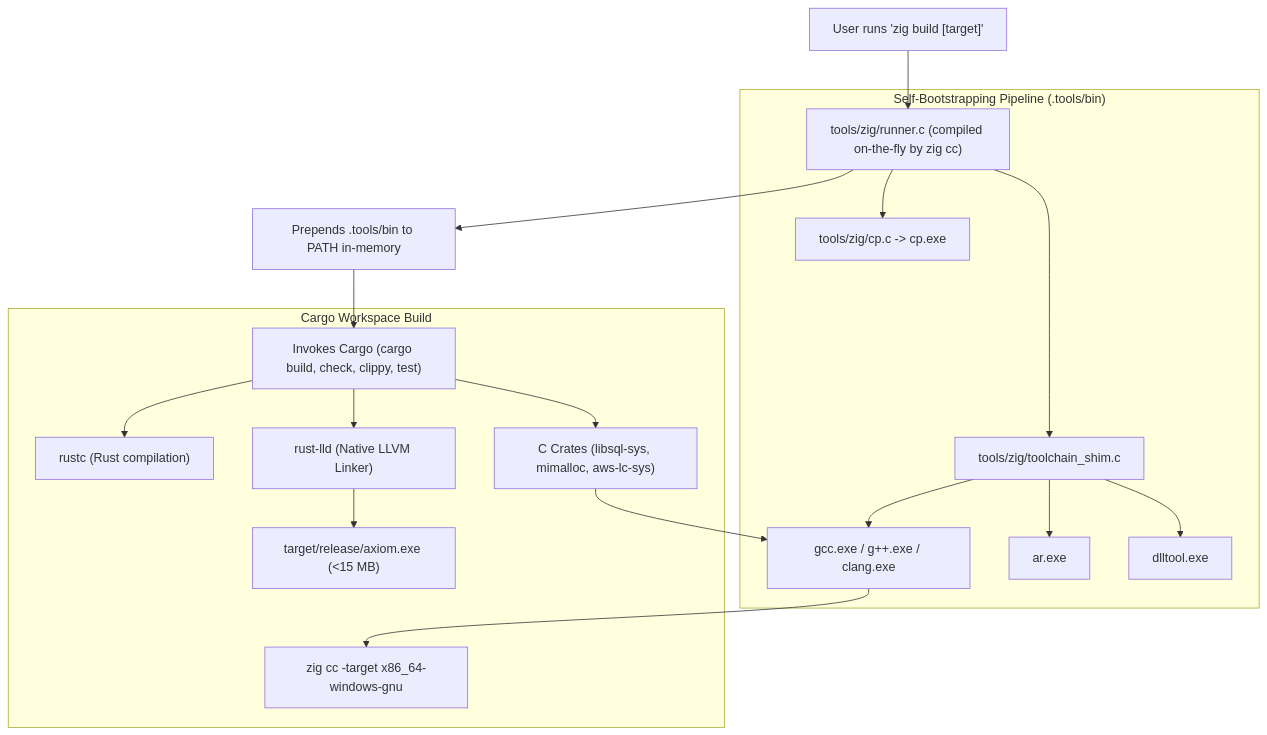
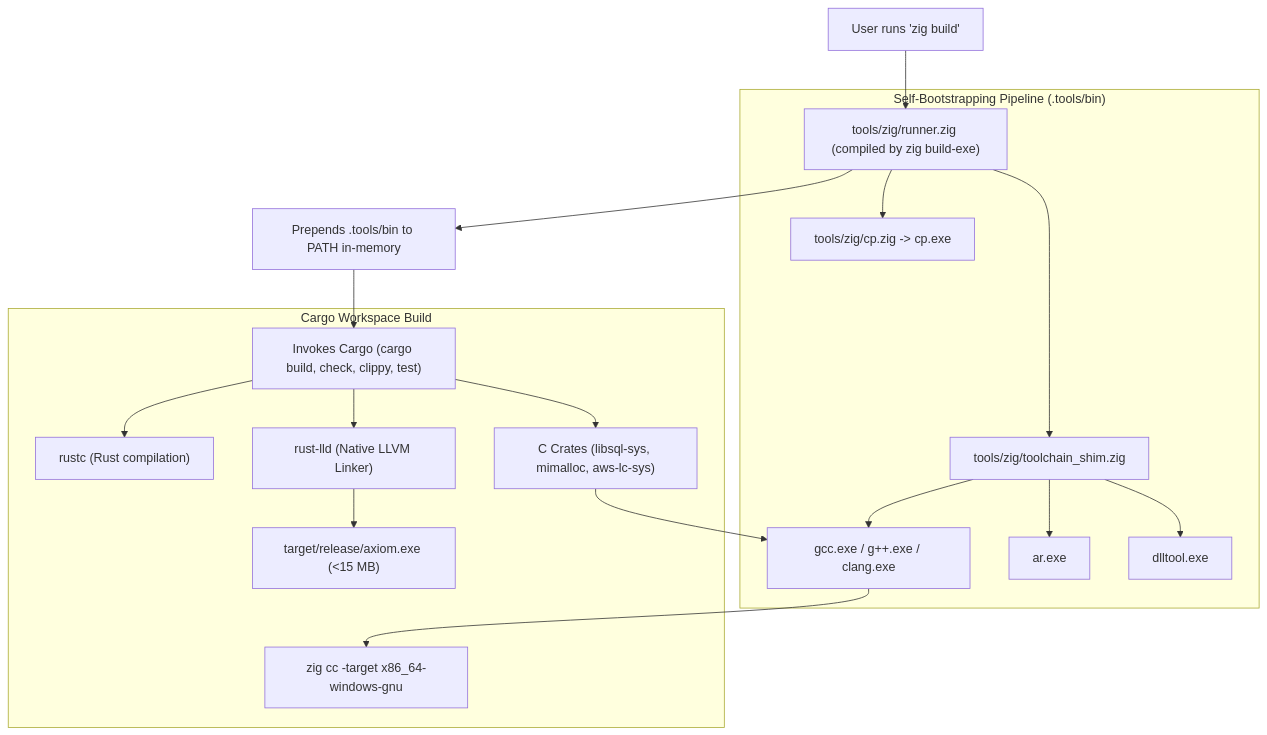
Before and after one commit to toxichome-whoami/axiom: the diagram in docs/building.md, drawn with Mermaid. The commit also changed other lines of this file and 9 other files, not shown here.

Commit message:
feat(build): rewrite all C toolchain shims and runner in pure Zig

````diff
--- a/docs/building.md
+++ b/docs/building.md
@@ -30,24 +30,24 @@
 ```mermaid
 flowchart TD
-    ZIG["User runs 'zig build [target]'"] --> RUNNER["tools/zig/runner.c (compiled on-the-fly by zig cc)"]
+    ZIG["User runs 'zig build'"] --> RUNNER["tools/zig/runner.zig (compiled by zig build-exe)"]
     
     subgraph ToolchainBootstrap["Self-Bootstrapping Pipeline (.tools/bin)"]
-        RUNNER --> SHIM["tools/zig/toolchain_shim.c"]
+        RUNNER --> SHIM["tools/zig/toolchain_shim.zig"]
         SHIM --> GCC["gcc.exe / g++.exe / clang.exe"]
         SHIM --> AR["ar.exe"]
         SHIM --> DLLTOOL["dlltool.exe"]
-        RUNNER --> CP["tools/zig/cp.c -> cp.exe"]
+        RUNNER --> CP["tools/zig/cp.zig -> cp.exe"]
     end
     
     RUNNER --> ENV["Prepends .tools/bin to PATH in-memory"]
     ENV --> CARGO["Invokes Cargo (cargo build, check, clippy, test)"]
     
     subgraph CargoCompilation["Cargo Workspace Build"]
         CARGO --> RUSTC["rustc (Rust compilation)"]
         CARGO --> C_CRATES["C Crates (libsql-sys, mimalloc, aws-lc-sys)"]
         C_CRATES --> GCC
         GCC --> ZIG_CC["zig cc -target x86_64-windows-gnu"]
         CARGO --> LINK["rust-lld (Native LLVM Linker)"]
         LINK --> BIN["target/release/axiom.exe (<15 MB)"]
     end
 ```
````
